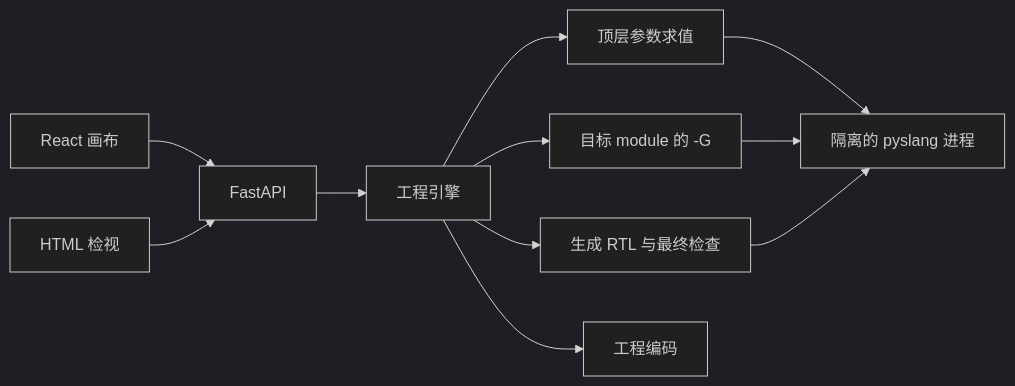
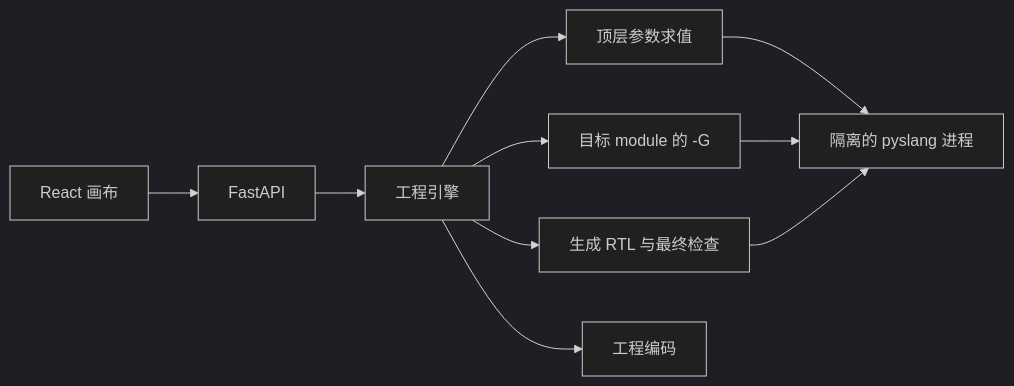
Before and after one commit to SuperiorLQF/verilinx: the diagram in docs/DEVELOPMENT.md, drawn with Mermaid (dark theme). The commit also changed other lines of this file and 27 other files, not shown here.

````diff
--- a/docs/DEVELOPMENT.md
+++ b/docs/DEVELOPMENT.md
@@ -28,13 +27,12 @@
 ```mermaid
 flowchart LR
   React[React 画布] --> API[FastAPI]
-  HTML[HTML 检视] --> API
   API --> Engine[工程引擎]
   Engine --> Eval[顶层参数求值]
   Engine --> Override[目标 module 的 -G]
   Eval --> Slang[隔离的 pyslang 进程]
   Override --> Slang
   Engine --> RTL[生成 RTL 与最终检查]
   RTL --> Slang
   Engine --> Codec[工程编码]
 ```
````
